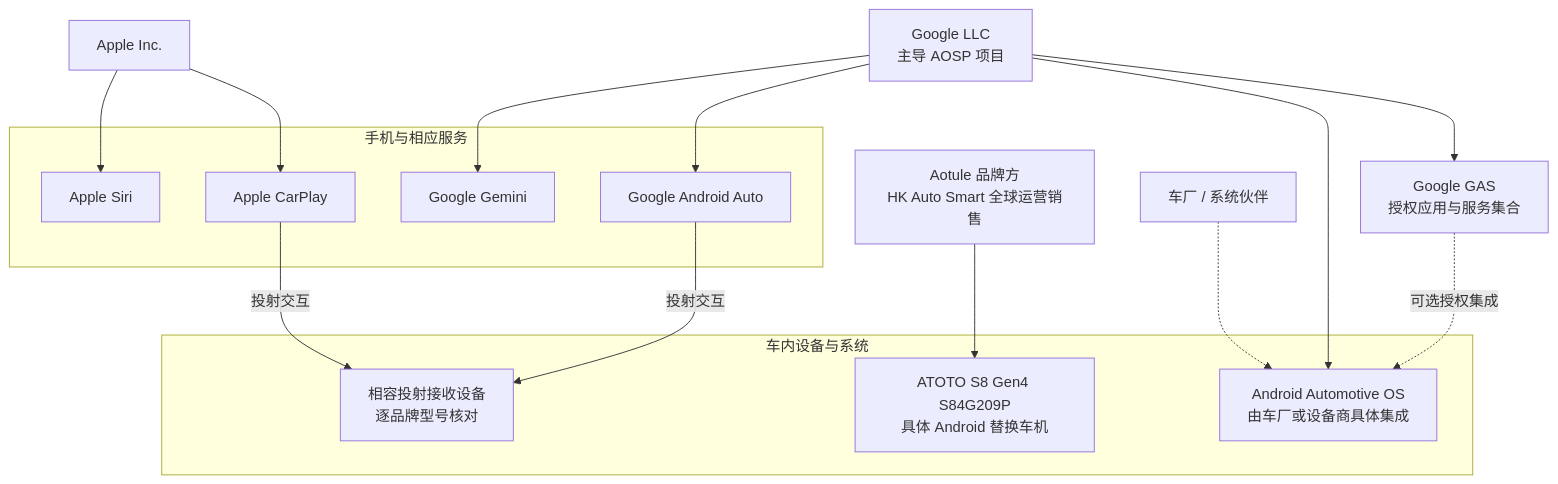
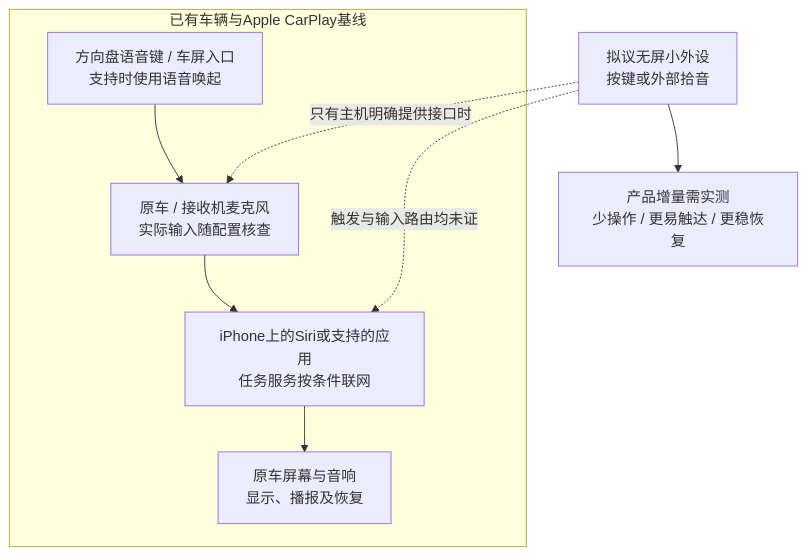
Before and after one commit to DreamSoul-AI/in-vehicle-ai-research: the diagram in dist/diagrams/fig-02.mmd, drawn with Mermaid. The commit also changed 45 other files, not shown here.

Commit message:
Deepen CarPlay integration routes and Android Auto comparison

```diff
--- a/dist/diagrams/fig-02.mmd
+++ b/dist/diagrams/fig-02.mmd
@@ -1,34 +1,14 @@
-%% title: 平台、具体产品与公司关系
-%% 分析示意；实线表示提供、实现或投射，虚线表示授权或具体系统集成条件。
+%% title: 已有CarPlay时，小外设接在哪里
+%% 分析示意；实线为已有基线，虚线为尚需验证的新增外设输入，不代表已兼容。
+%% 来源 https://support.apple.com/en-us/108415
 %% 来源 https://developer.apple.com/carplay/
-%% 来源 https://source.android.com/docs/setup/about
-%% 来源 https://source.android.com/docs/automotive/start/what_automotive
-%% 来源 https://www.atotodirect.com/en-gb/pages/about-atoto
 flowchart TB
-  APPLE["Apple Inc."]
-  GOOGLE["Google LLC<br/>主导 AOSP 项目"]
-  AOTULE["Aotule 品牌方<br/>HK Auto Smart 全球运营销售"]
-  subgraph PHONE["手机与相应服务"]
-    SIRI["Apple Siri"]
-    GEMINI["Google Gemini"]
-    CP["Apple CarPlay"]
-    AA["Google Android Auto"]
+  subgraph EXISTING["已有车辆与Apple CarPlay基线"]
+    START["方向盘语音键 / 车屏入口<br/>支持时使用语音唤起"] --> MIC["原车 / 接收机麦克风<br/>实际输入随配置核查"]
+    MIC --> PHONE["iPhone上的Siri或支持的应用<br/>任务服务按条件联网"]
+    PHONE --> OUTPUT["原车屏幕与音响<br/>显示、播报及恢复"]
   end
-  subgraph CAR["车内设备与系统"]
-    SCREEN["相容投射接收设备<br/>逐品牌型号核对"]
-    AAOS["Android Automotive OS<br/>由车厂或设备商具体集成"]
-    ATOTO["ATOTO S8 Gen4 S84G209P<br/>具体 Android 替换车机"]
-  end
-  GAS["Google GAS<br/>授权应用与服务集合"]
-  OEM["车厂 / 系统伙伴"]
-  APPLE --> SIRI
-  APPLE --> CP
-  GOOGLE --> GEMINI
-  GOOGLE --> AA
-  GOOGLE --> AAOS
-  GOOGLE --> GAS
-  GAS -.->|"可选授权集成"| AAOS
-  OEM -.-> AAOS
-  CP -->|"投射交互"| SCREEN
-  AA -->|"投射交互"| SCREEN
-  AOTULE --> ATOTO
+  EXTRA["拟议无屏小外设<br/>按键或外部拾音"] -.->|"触发与输入路由均未证"| PHONE
+  EXTRA -.->|"只有主机明确提供接口时"| MIC
+  VALUE["产品增量需实测<br/>少操作 / 更易触达 / 更稳恢复"]
+  EXTRA --> VALUE
```
